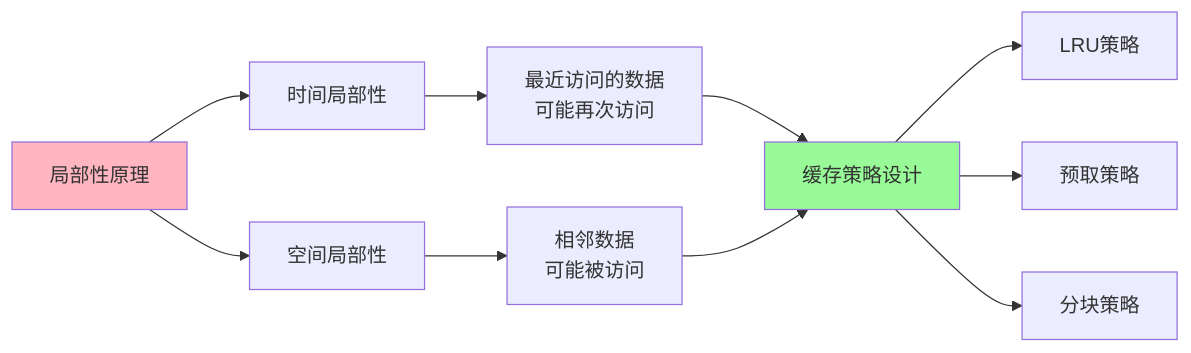
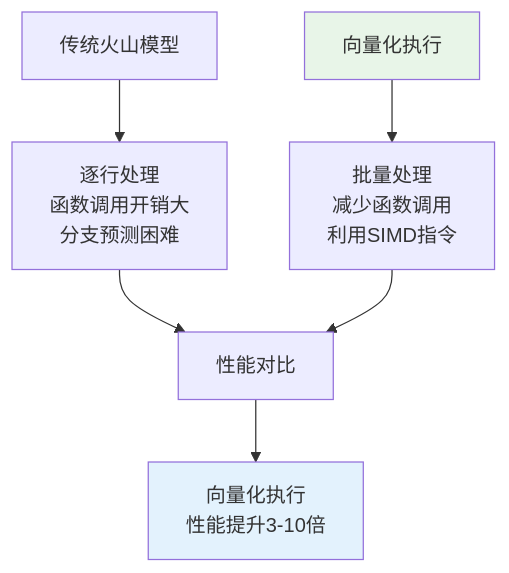
One commit to crazypenguincode/duckdb changed the second of 9 diagrams in md/第二章-相关背景与理论基础.md. Above: the diagram before and after it, drawn with Mermaid. The commit also changed other lines of this file and 361 other files, not shown here.

````diff
--- a/md/第二章-相关背景与理论基础.md
+++ b/md/第二章-相关背景与理论基础.md
@@ -134,18 +159,12 @@
 ```mermaid
-graph LR
-    A[局部性原理] --> B[时间局部性]
-    A --> C[空间局部性]
+graph TB
+    A[传统火山模型] --> A1[逐行处理<br/>函数调用开销大<br/>分支预测困难]
+    B[向量化执行] --> B1[批量处理<br/>减少函数调用<br/>利用SIMD指令]
     
-    B --> B1[最近访问的数据<br/>可能再次访问]
-    C --> C1[相邻数据<br/>可能被访问]
+    A1 --> C[性能对比]
+    B1 --> C
+    C --> D[向量化执行<br/>性能提升3-10倍]
     
-    B1 --> D[缓存策略设计]
-    C1 --> D
-    
-    D --> E[LRU策略]
-    D --> F[预取策略]
-    D --> G[分块策略]
-    
-    style A fill:#FFB6C1
-    style D fill:#98FB98
+    style B fill:#e8f5e8
+    style D fill:#e3f2fd
 ```
````
